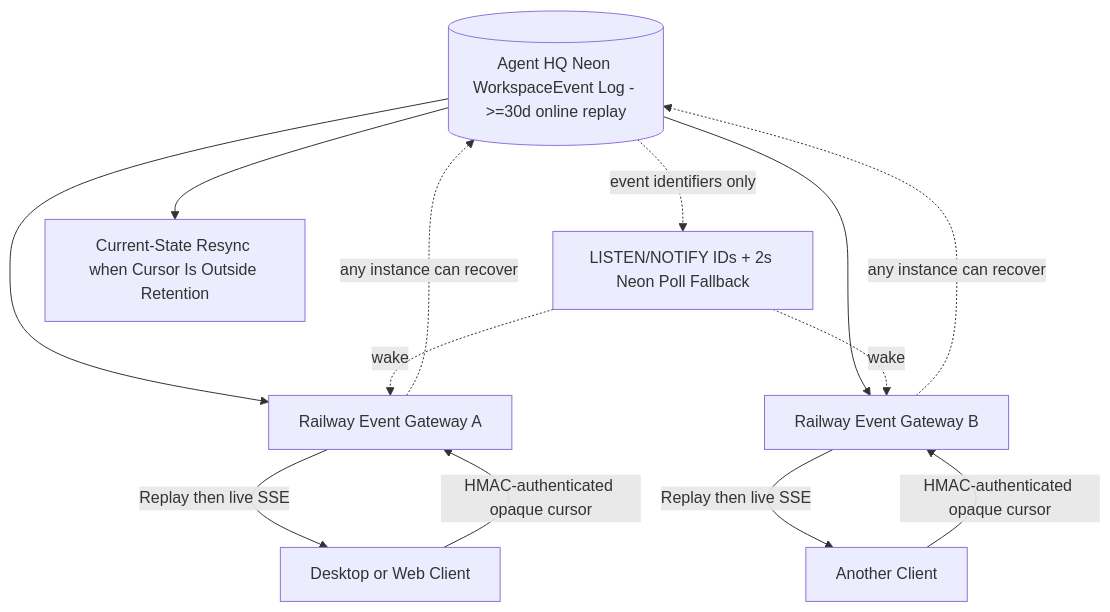
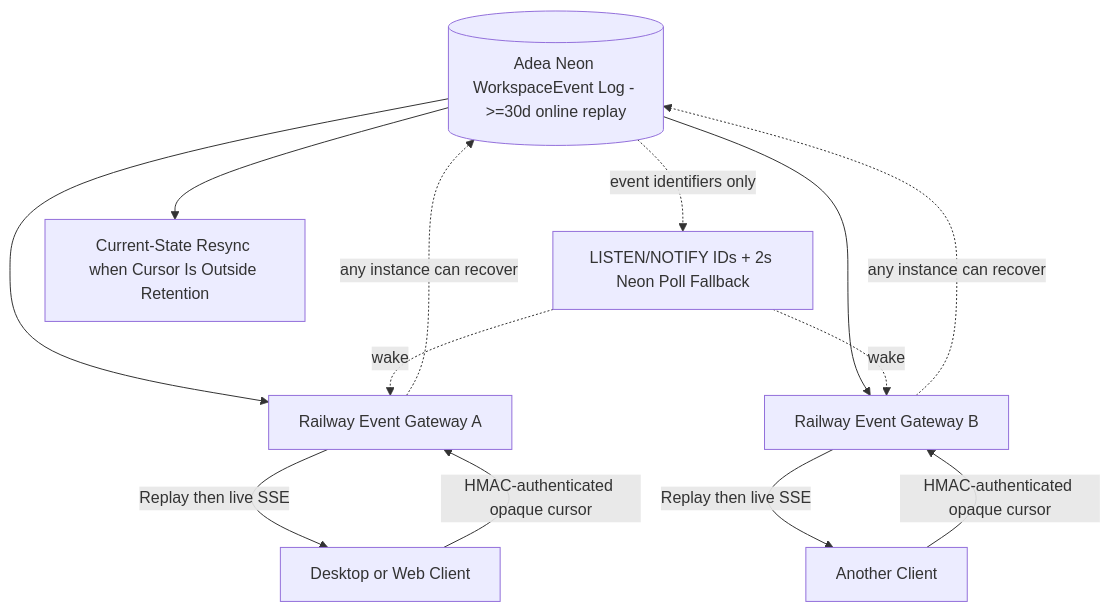
One commit to adea-ai/adea changed diagram 18 of 18 in docs/architecture/diagram-sources.md. Above: the diagram before and after it, drawn with Mermaid. The commit also changed other lines of this file and 72 other files, not shown here.

Commit message:
chore(brand): rename user-visible Agent HQ strings to Adea (#257)

````diff
--- a/docs/architecture/diagram-sources.md
+++ b/docs/architecture/diagram-sources.md
@@ -600,21 +600,21 @@
 ```mermaid
 flowchart TB
-    DB[(Agent HQ Neon WorkspaceEvent Log - >=30d online replay)]
+    DB[(Adea Neon WorkspaceEvent Log - >=30d online replay)]
     W[LISTEN/NOTIFY IDs + 2s Neon Poll Fallback]
     G1[Railway Event Gateway A]
     G2[Railway Event Gateway B]
     C1[Desktop or Web Client]
     C2[Another Client]
     DB --> G1
     DB --> G2
     DB -. event identifiers only .-> W
     W -. wake .-> G1
     W -. wake .-> G2
     C1 -->|HMAC-authenticated opaque cursor| G1
     C2 -->|HMAC-authenticated opaque cursor| G2
     G1 -->|Replay then live SSE| C1
     G2 -->|Replay then live SSE| C2
     G1 -. any instance can recover .-> DB
     G2 -. any instance can recover .-> DB
     DB --> R[Current-State Resync when Cursor Is Outside Retention]
 ```
````
